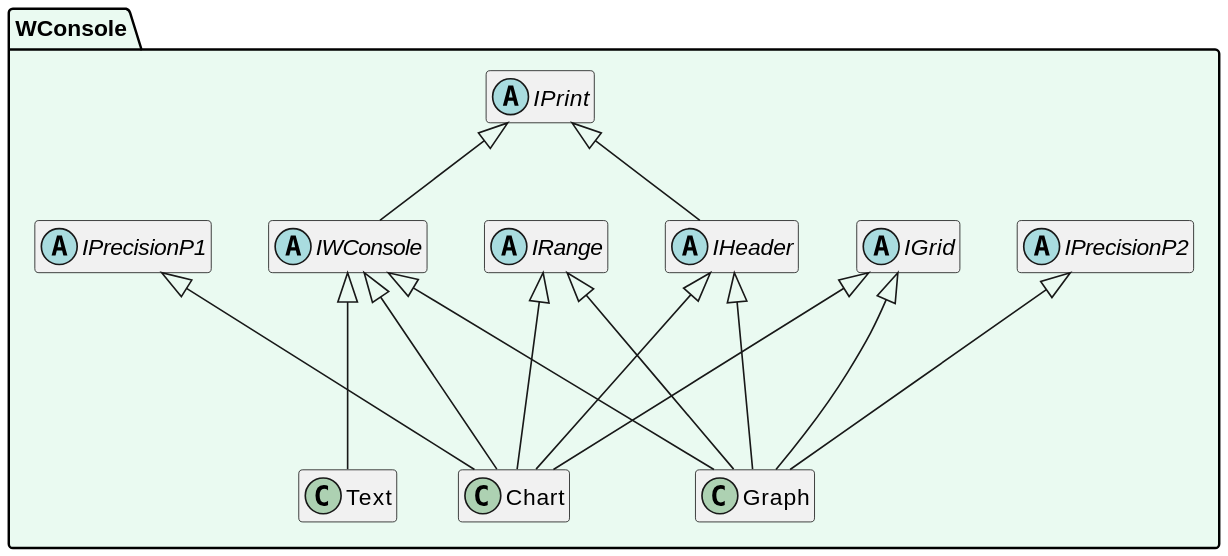
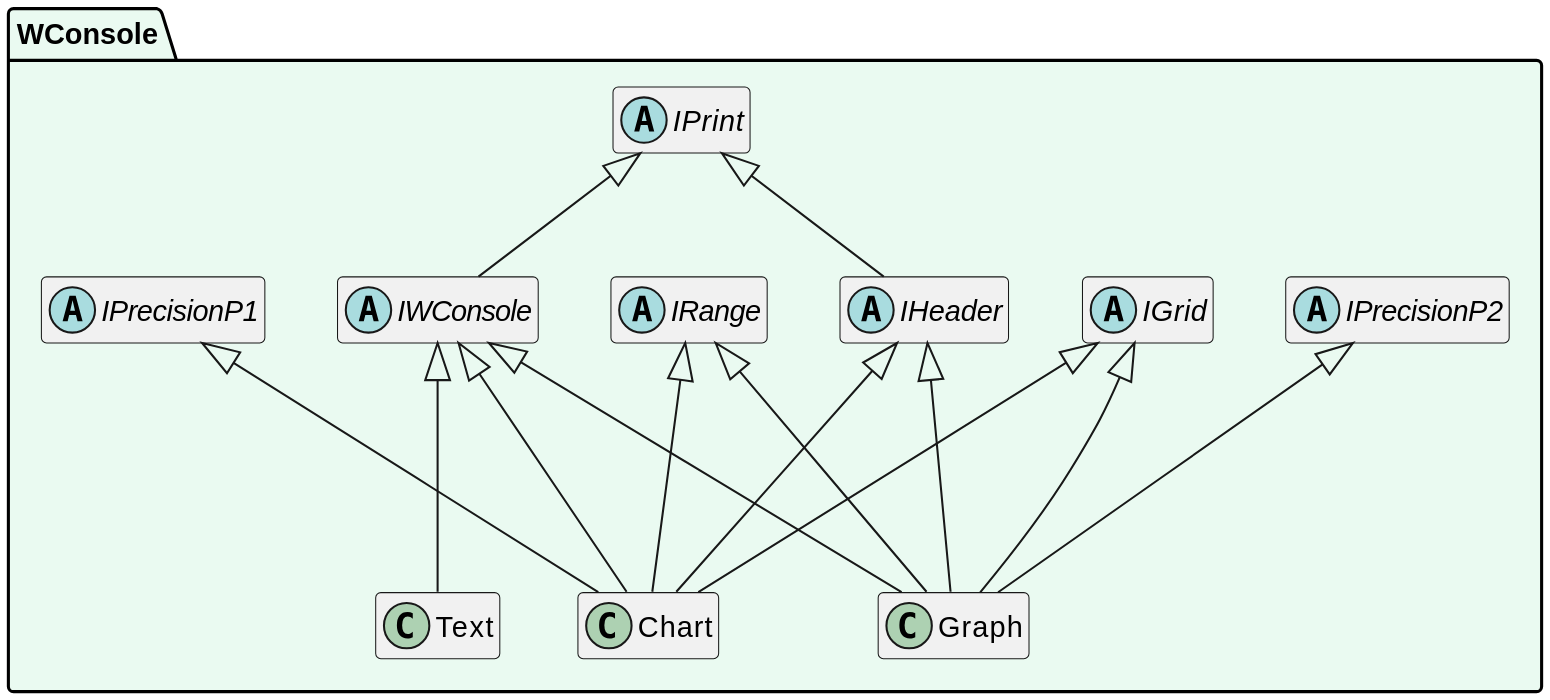
One commit to SergioStopkin/WideConsole changed the diagram in doc/UMLClass.md. Above: the diagram before and after it, drawn with PlantUML.

Commit message:
Test some styles

````diff
--- a/doc/UMLClass.md
+++ b/doc/UMLClass.md
@@ -1,41 +1,41 @@
 ```plantuml
 @startuml
 
-scale 1500 width
+scale 1900 width
 
 hide empty members
 
 namespace WConsole #EAFAF1 {
 
 abstract class IGrid
 abstract class IHeader
 abstract class IPrecisionP1
 abstract class IPrecisionP2
 abstract class IPrint
 abstract class IRange
 abstract class IWConsole
 class Chart
 class Graph
 class Text
 
 IPrint <|-- IHeader
 IPrint <|-- IWConsole
 
 IWConsole    <|--- Chart
 IHeader      <|--- Chart
 IPrecisionP1 <|---  Chart
 IRange       <|---  Chart
 IGrid        <|---  Chart
 
 IWConsole    <|--- Graph
 IHeader      <|--- Graph
 IPrecisionP2 <|---  Graph
 IRange       <|---  Graph
 IGrid        <|---  Graph
 
 IWConsole <|--- Text
 
 }
 
 @enduml
 ```
````
